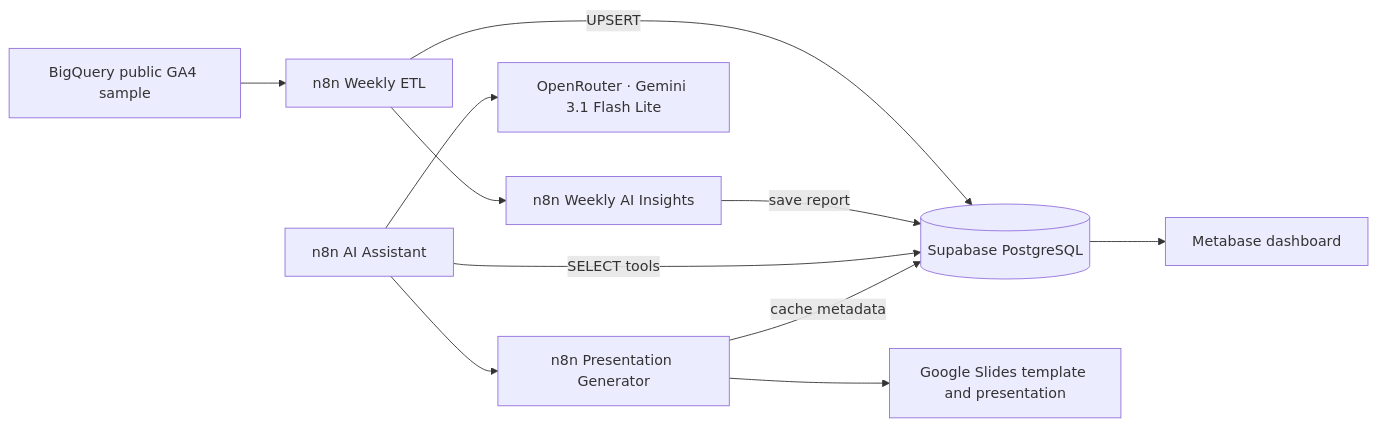
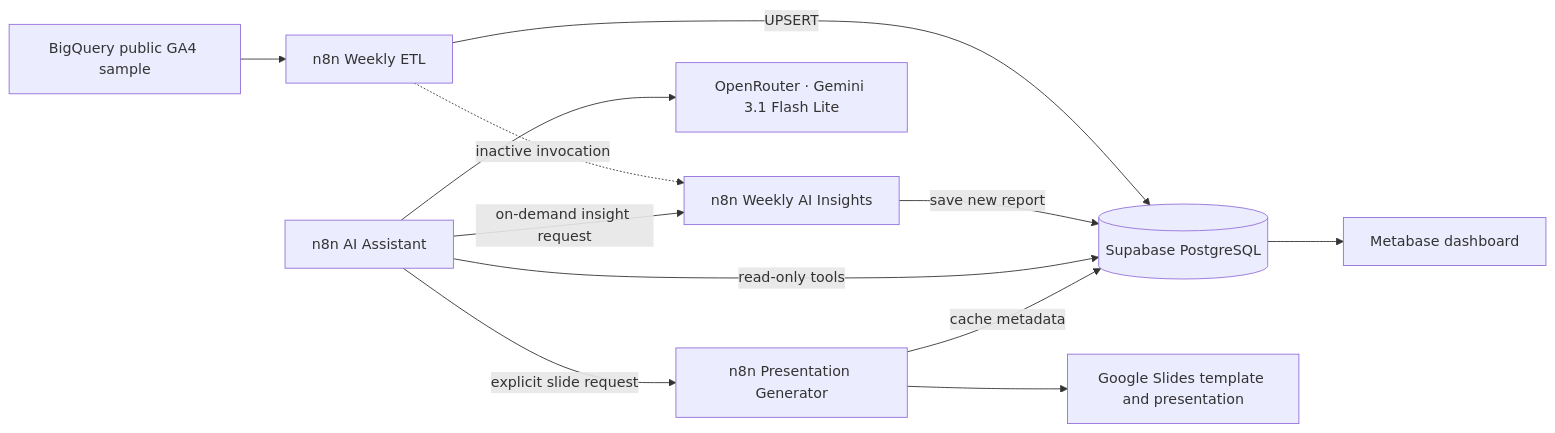
Before and after one commit to cizmeli/ga4-ai-analytics-automation: the diagram in README.md, drawn with Mermaid. The commit also changed other lines of this file, not shown here.

Commit message:
docs: update README after Steps 22-25

````diff
--- a/README.md
+++ b/README.md
@@ -22,13 +22,14 @@
 ```mermaid
 flowchart LR
   BQ[BigQuery public GA4 sample] --> ETL[n8n Weekly ETL]
   ETL -->|UPSERT| PG[(Supabase PostgreSQL)]
-  ETL --> INS[n8n Weekly AI Insights]
-  INS -->|save report| PG
+  ETL -. inactive invocation .-> INS[n8n Weekly AI Insights]
+  CHAT[n8n AI Assistant] -->|on-demand insight request| INS
+  INS -->|save new report| PG
   PG --> MB[Metabase dashboard]
-  CHAT[n8n AI Assistant] -->|SELECT tools| PG
+  CHAT -->|read-only tools| PG
   CHAT --> OR[OpenRouter · Gemini 3.1 Flash Lite]
-  CHAT --> PRES[n8n Presentation Generator]
+  CHAT -->|explicit slide request| PRES[n8n Presentation Generator]
   PRES --> SL[Google Slides template and presentation]
   PRES -->|cache metadata| PG
 ```
````
